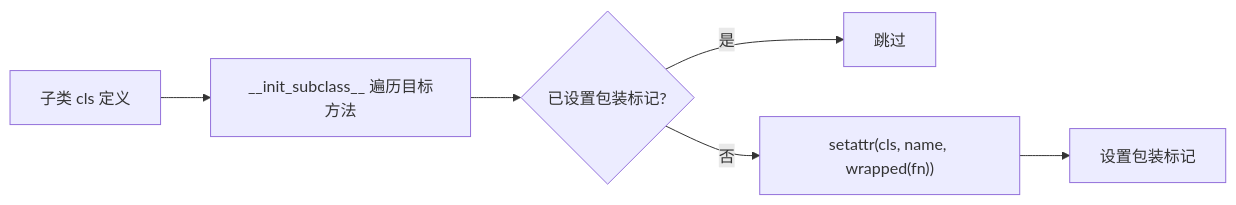
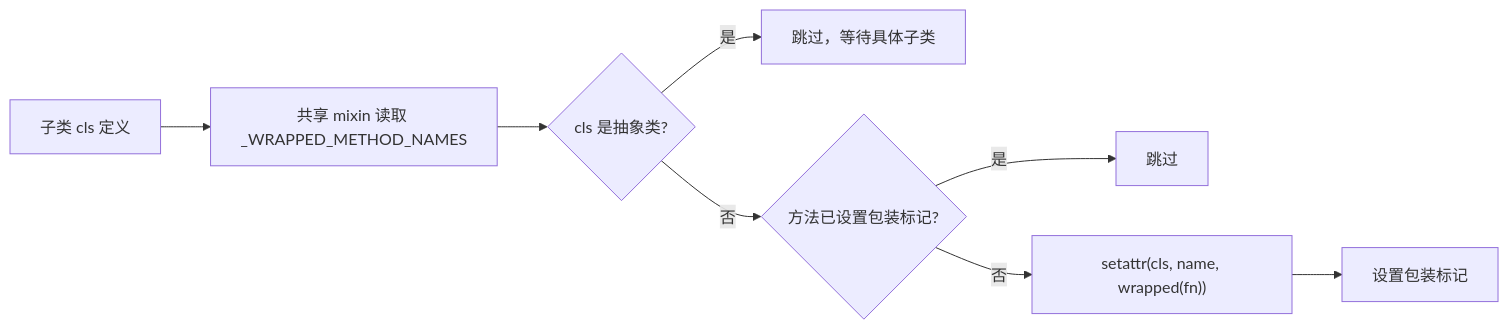
Before and after one commit to ZhuoZhuoCrayon/ai-workspace: the second of 3 diagrams in knowledge/throttled-py/issues/2026-05-03-store-unavailable-error-handling/PLAN.md, drawn with Mermaid. The commit also changed other lines of this file and 4 other files, not shown here.

````diff
--- a/knowledge/throttled-py/issues/2026-05-03-store-unavailable-error-handling/PLAN.md
+++ b/knowledge/throttled-py/issues/2026-05-03-store-unavailable-error-handling/PLAN.md
@@ -97,8 +102,10 @@
 ```mermaid
 flowchart LR
-    A["子类 cls 定义"] --> B["__init_subclass__ 遍历目标方法"]
-    B --> C{"已设置包装标记?"}
-    C -->|是| D["跳过"]
-    C -->|否| E["setattr(cls, name, wrapped(fn))"]
-    E --> F["设置包装标记"]
+    A["子类 cls 定义"] --> B["共享 mixin 读取 _WRAPPED_METHOD_NAMES"]
+    B --> C{"cls 是抽象类?"}
+    C -->|是| D["跳过，等待具体子类"]
+    C -->|否| E{"方法已设置包装标记?"}
+    E -->|是| F["跳过"]
+    E -->|否| G["setattr(cls, name, wrapped(fn))"]
+    G --> H["设置包装标记"]
 ```
````
